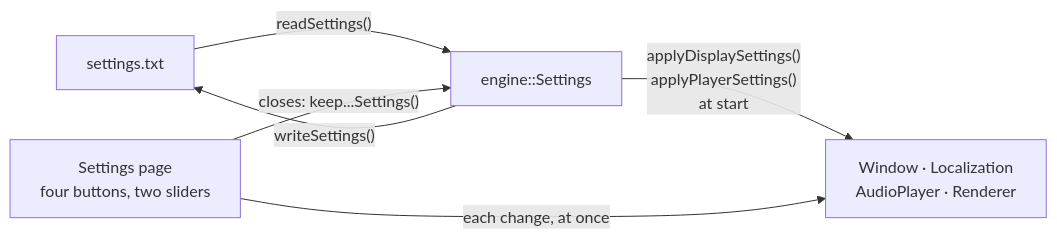
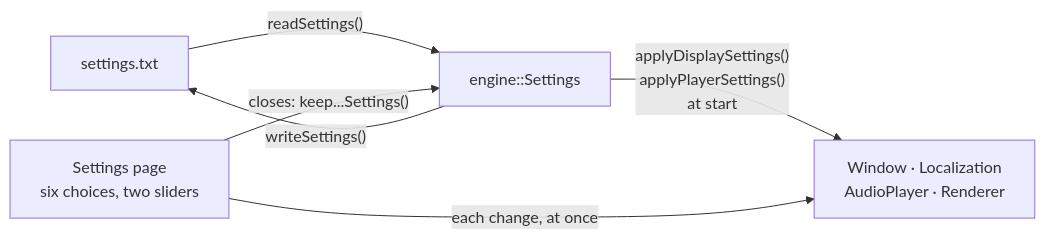
Before and after one commit to Akinator31/Rtype: the diagram in docs/architecture/settings.md, drawn with Mermaid. The commit also changed other lines of this file and 2 other files, not shown here.

Commit message:
docs(settings): describe the rows of the settings pages and the new Controls page

````diff
--- a/docs/architecture/settings.md
+++ b/docs/architecture/settings.md
@@ -48,8 +48,8 @@
 ```mermaid
 flowchart LR
     File["settings.txt"] -- "readSettings()" --> Settings["engine::Settings"]
     Settings -- "applyDisplaySettings()<br/>applyPlayerSettings()<br/>at start" --> Apply["Window · Localization<br/>AudioPlayer · Renderer"]
-    Page["Settings page<br/>four buttons, two sliders"] -- "each change, at once" --> Apply
+    Page["Settings page<br/>six choices, two sliders"] -- "each change, at once" --> Apply
     Page -- "closes: keep...Settings()" --> Settings
     Settings -- "writeSettings()" --> File
 ```
````
